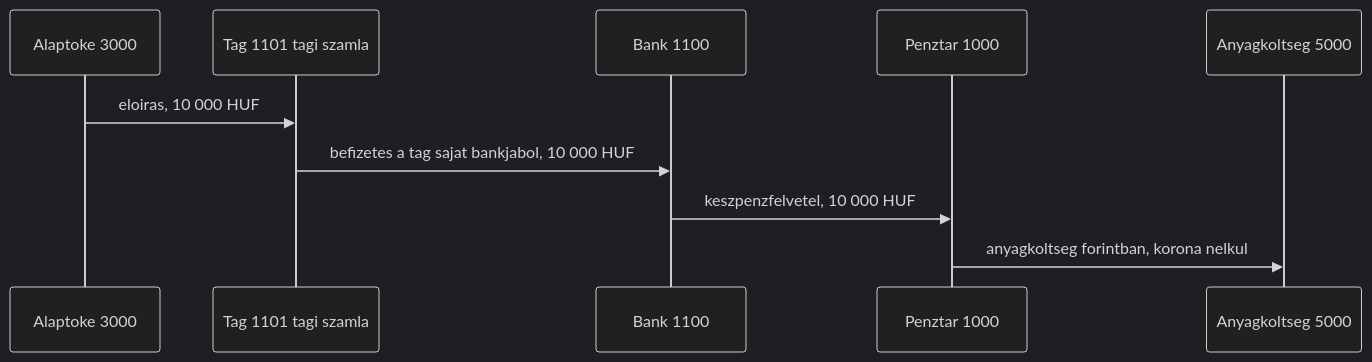
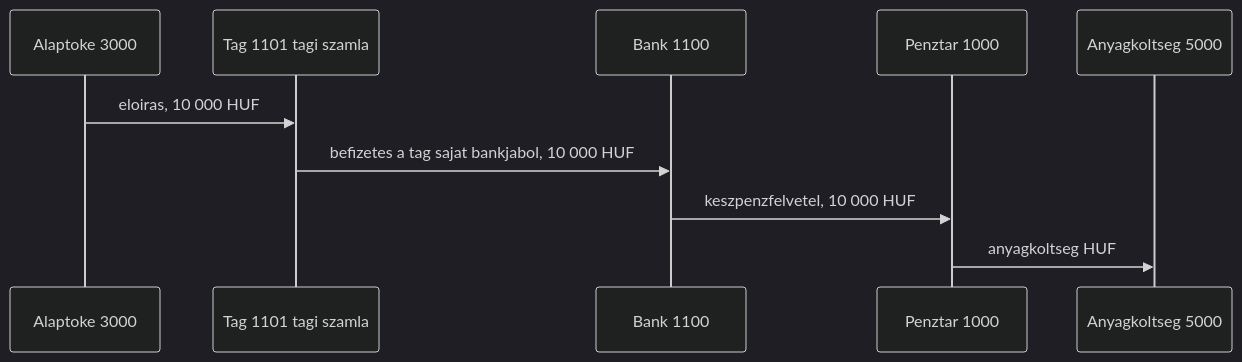
Before and after one commit to pitiboy/curr: the sixth of 17 diagrams in docs/transaction-workflow.md, drawn with Mermaid (dark theme). The commit also changed other lines of this file, not shown here.

````diff
--- a/docs/transaction-workflow.md
+++ b/docs/transaction-workflow.md
@@ -300,13 +307,13 @@
 ```mermaid
 sequenceDiagram
   participant Toke as Alaptoke 3000
   participant Tag as Tag 1101 tagi szamla
   participant Bank as Bank 1100
   participant Penztar as Penztar 1000
   participant Koltseg as Anyagkoltseg 5000
 
   Toke->>Tag: eloiras, 10 000 HUF
   Tag->>Bank: befizetes a tag sajat bankjabol, 10 000 HUF
   Bank->>Penztar: keszpenzfelvetel, 10 000 HUF
-  Penztar->>Koltseg: anyagkoltseg forintban, korona nelkul
+  Penztar->>Koltseg: anyagkoltseg HUF
 ```
````
